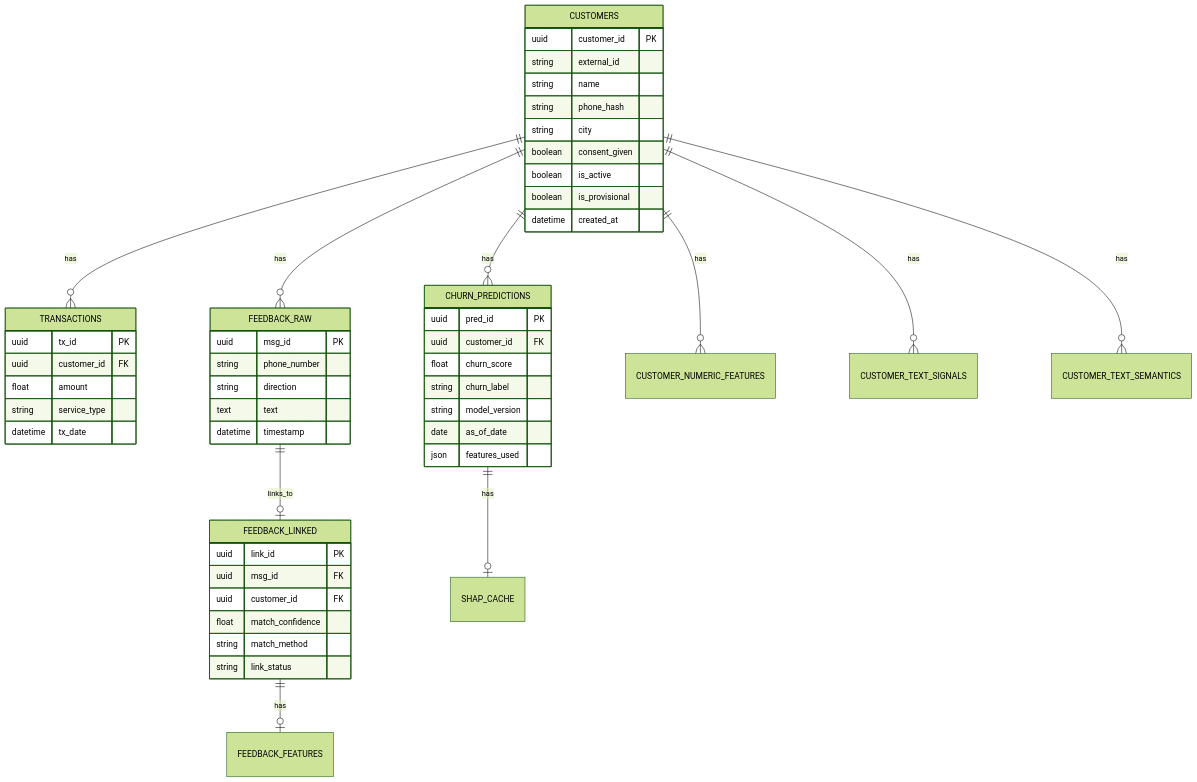
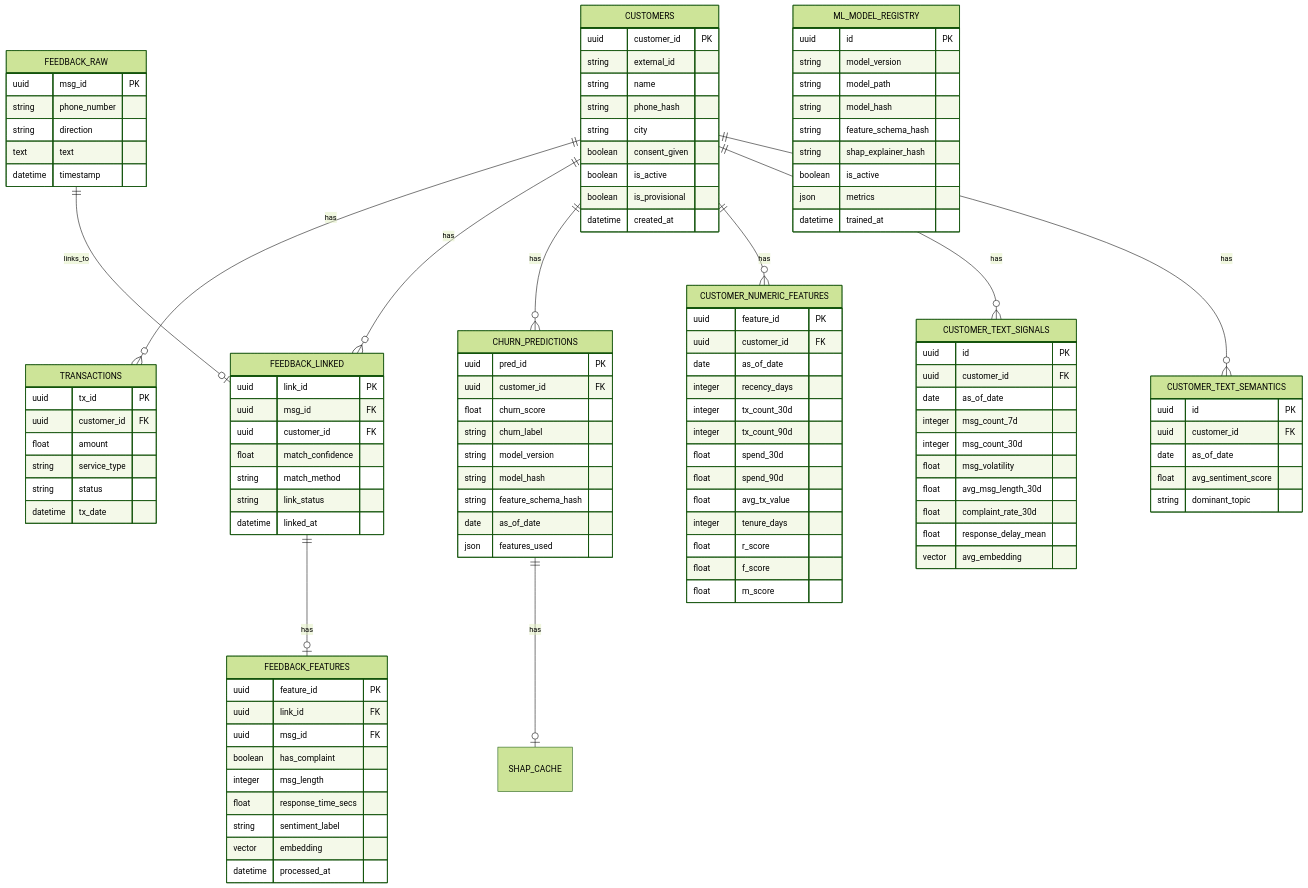
The seventh of 15 diagrams in DOKUMENTASI_SISTEM.md (adamsafril19/Customer-Analitycs--Mamina-), drawn with Mermaid (forest theme) before and after one commit. The commit also changed other lines of this file and 21 other files, not shown here.

````diff
--- a/DOKUMENTASI_SISTEM.md
+++ b/DOKUMENTASI_SISTEM.md
@@ -395,7 +523,7 @@
 ```mermaid
 erDiagram
     CUSTOMERS ||--o{ TRANSACTIONS : has
-    CUSTOMERS ||--o{ FEEDBACK_RAW : has
+    CUSTOMERS ||--o{ FEEDBACK_LINKED : has
     CUSTOMERS ||--o{ CHURN_PREDICTIONS : has
     CUSTOMERS ||--o{ CUSTOMER_NUMERIC_FEATURES : has
     CUSTOMERS ||--o{ CUSTOMER_TEXT_SIGNALS : has
@@ -423,6 +551,7 @@
         uuid customer_id FK
         float amount
         string service_type
+        string status
         datetime tx_date
     }
 
@@ -441,6 +570,56 @@
         float match_confidence
         string match_method
         string link_status
+        datetime linked_at
+    }
+
+    FEEDBACK_FEATURES {
+        uuid feature_id PK
+        uuid link_id FK
+        uuid msg_id FK
+        boolean has_complaint
+        integer msg_length
+        float response_time_secs
+        string sentiment_label
+        vector embedding
+        datetime processed_at
+    }
+
+    CUSTOMER_NUMERIC_FEATURES {
+        uuid feature_id PK
+        uuid customer_id FK
+        date as_of_date
+        integer recency_days
+        integer tx_count_30d
+        integer tx_count_90d
+        float spend_30d
+        float spend_90d
+        float avg_tx_value
+        integer tenure_days
+        float r_score
+        float f_score
+        float m_score
+    }
+
+    CUSTOMER_TEXT_SIGNALS {
+        uuid id PK
+        uuid customer_id FK
+        date as_of_date
+        integer msg_count_7d
+        integer msg_count_30d
+        float msg_volatility
+        float avg_msg_length_30d
+        float complaint_rate_30d
+        float response_delay_mean
+        vector avg_embedding
+    }
+
+    CUSTOMER_TEXT_SEMANTICS {
+        uuid id PK
+        uuid customer_id FK
+        date as_of_date
+        float avg_sentiment_score
+        string dominant_topic
     }
 
     CHURN_PREDICTIONS {
@@ -449,7 +628,21 @@
         float churn_score
         string churn_label
         string model_version
+        string model_hash
+        string feature_schema_hash
         date as_of_date
         json features_used
     }
+
+    ML_MODEL_REGISTRY {
+        uuid id PK
+        string model_version
+        string model_path
+        string model_hash
+        string feature_schema_hash
+        string shap_explainer_hash
+        boolean is_active
+        json metrics
+        datetime trained_at
+    }
 ```
````
